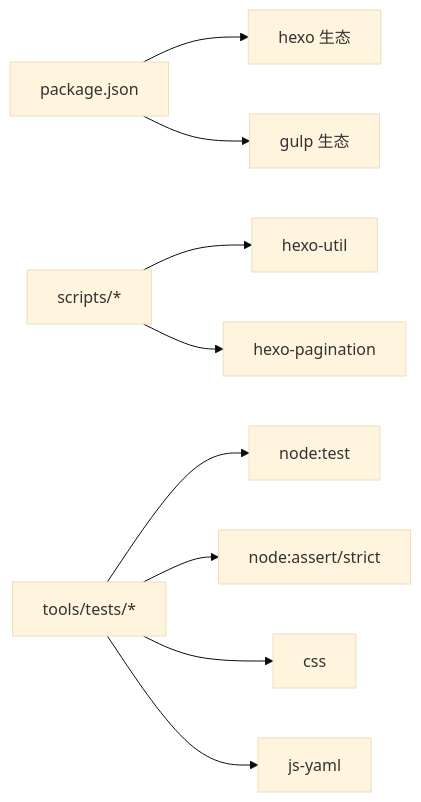
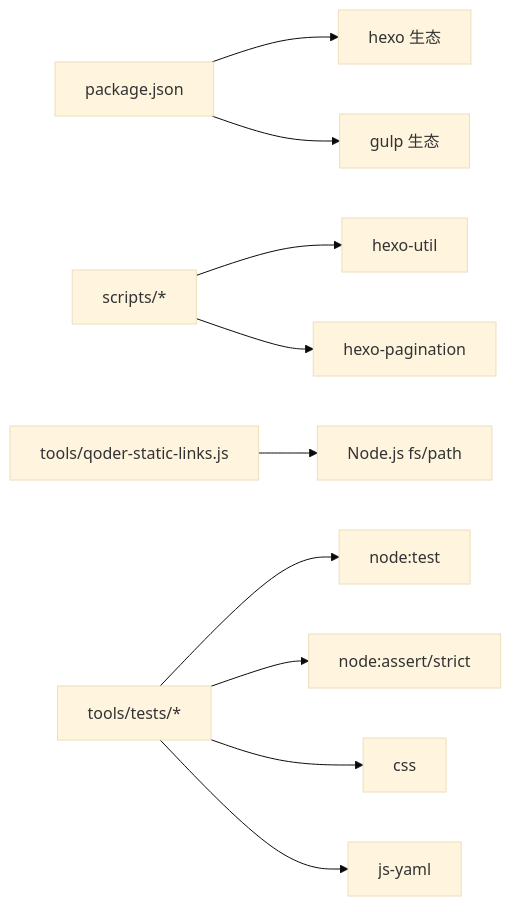
Before and after one commit to N1280851853/my_blog: diagram 12 of 14 in .qoder/repowiki/zh/content/开发工具与脚本/开发工具与脚本.md, drawn with Mermaid (base theme). The commit also changed other lines of this file and 8 other files, not shown here.

````diff
--- a/.qoder/repowiki/zh/content/开发工具与脚本/开发工具与脚本.md
+++ b/.qoder/repowiki/zh/content/开发工具与脚本/开发工具与脚本.md
@@ -290,11 +341,12 @@
 ```mermaid
 graph LR
 P["package.json"] --> H["hexo 生态"]
 P --> G["gulp 生态"]
 S["scripts/*"] --> HU["hexo-util"]
 S --> HP["hexo-pagination"]
+Q["tools/qoder-static-links.js"] --> FS["Node.js fs/path"]
 T["tools/tests/*"] --> NT["node:test"]
 T --> NA["node:assert/strict"]
 T --> CSS["css"]
 T --> YAML["js-yaml"]
 ```
````
